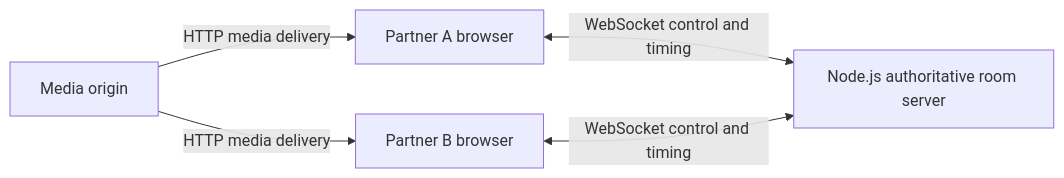
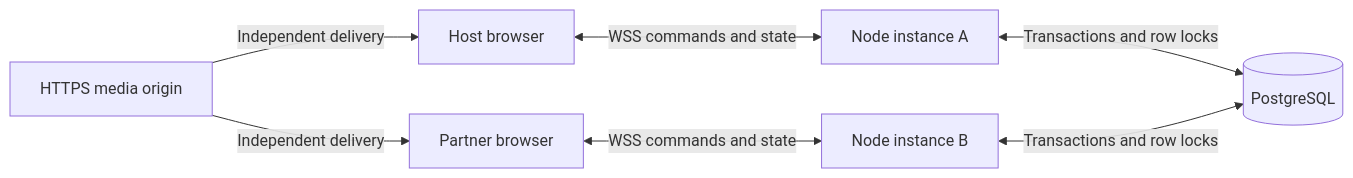
One commit to vams2krish/networking-togetherplay changed the diagram in README.md. Above: the diagram before and after it, drawn with Mermaid. The commit also changed other lines of this file and 32 other files, not shown here.

````diff
--- a/README.md
+++ b/README.md
@@ -39,7 +88,9 @@
 ```mermaid
 flowchart LR
-    A[Partner A browser] <-->|WebSocket control and timing| S[Node.js authoritative room server]
-    B[Partner B browser] <-->|WebSocket control and timing| S
-    M[Media origin] -->|HTTP media delivery| A
-    M -->|HTTP media delivery| B
+    A[Host browser] <-->|WSS commands and state| S1[Node instance A]
+    B[Partner browser] <-->|WSS commands and state| S2[Node instance B]
+    S1 <-->|Transactions and row locks| DB[(PostgreSQL)]
+    S2 <-->|Transactions and row locks| DB
+    M[HTTPS media origin] -->|Independent delivery| A
+    M -->|Independent delivery| B
 ```
````
